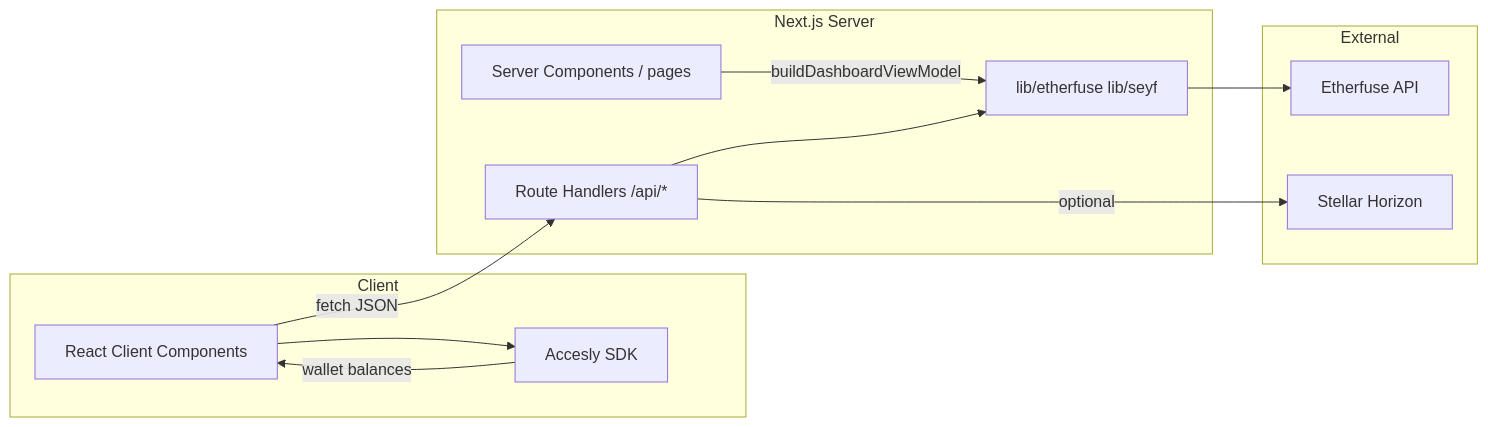
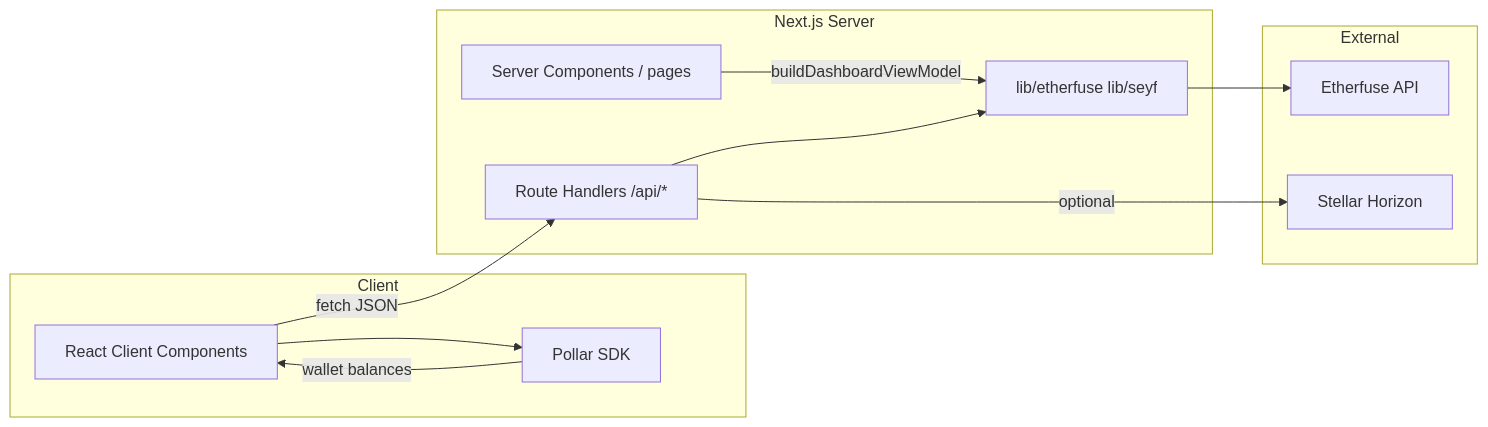
Before and after one commit to MarxMad/seyf-app-main-BBJN: the second of 3 diagrams in README.md, drawn with Mermaid. The commit also changed other lines of this file and 21 other files, not shown here.

````diff
--- a/README.md
+++ b/README.md
@@ -72,23 +72,23 @@
 ```mermaid
 flowchart LR
   subgraph Client
     UI[React Client Components]
-    AC[Accesly SDK]
+    AC[Pollar SDK]
   end
   subgraph NextJS[Next.js Server]
     RSC[Server Components / pages]
     API[Route Handlers /api/*]
     LIB[lib/etherfuse lib/seyf]
   end
   subgraph External
     EF[Etherfuse API]
     HZ[Stellar Horizon]
   end
   UI --> AC
   UI -->|fetch JSON| API
   RSC -->|buildDashboardViewModel| LIB
   LIB --> EF
   API --> LIB
   API -->|optional| HZ
   AC -->|wallet balances| UI
 ```
````
